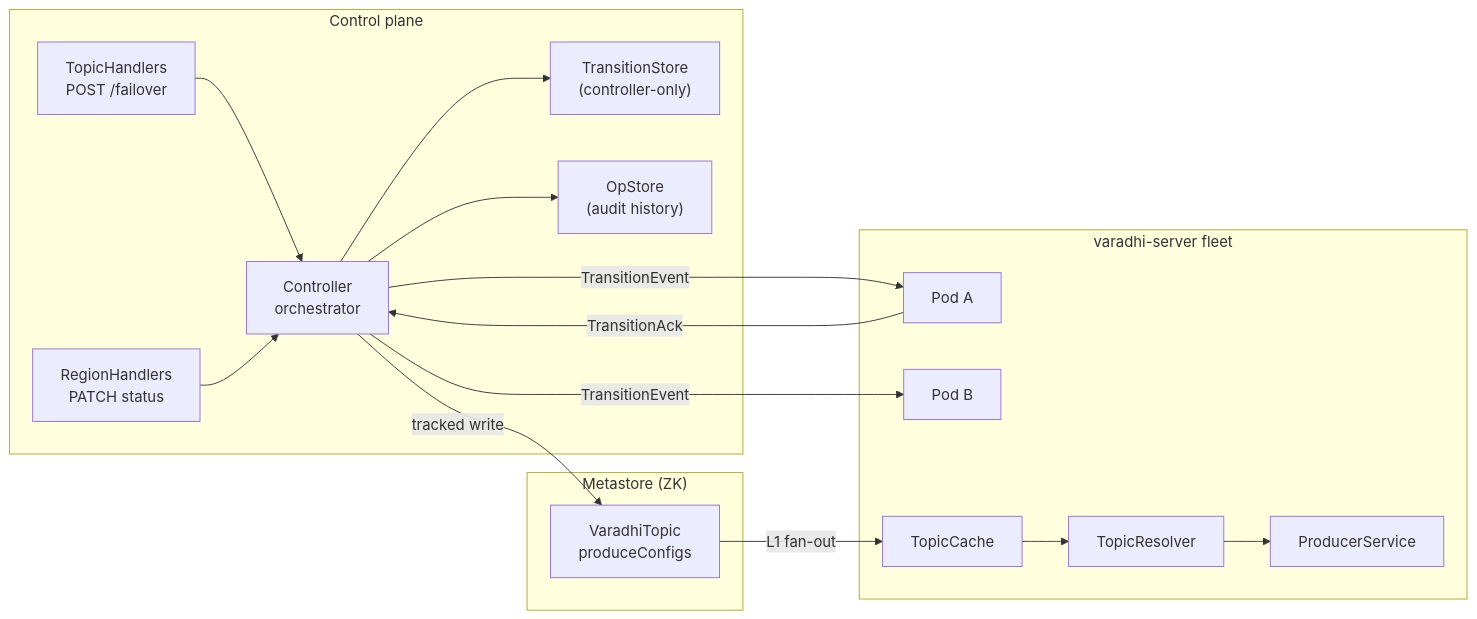
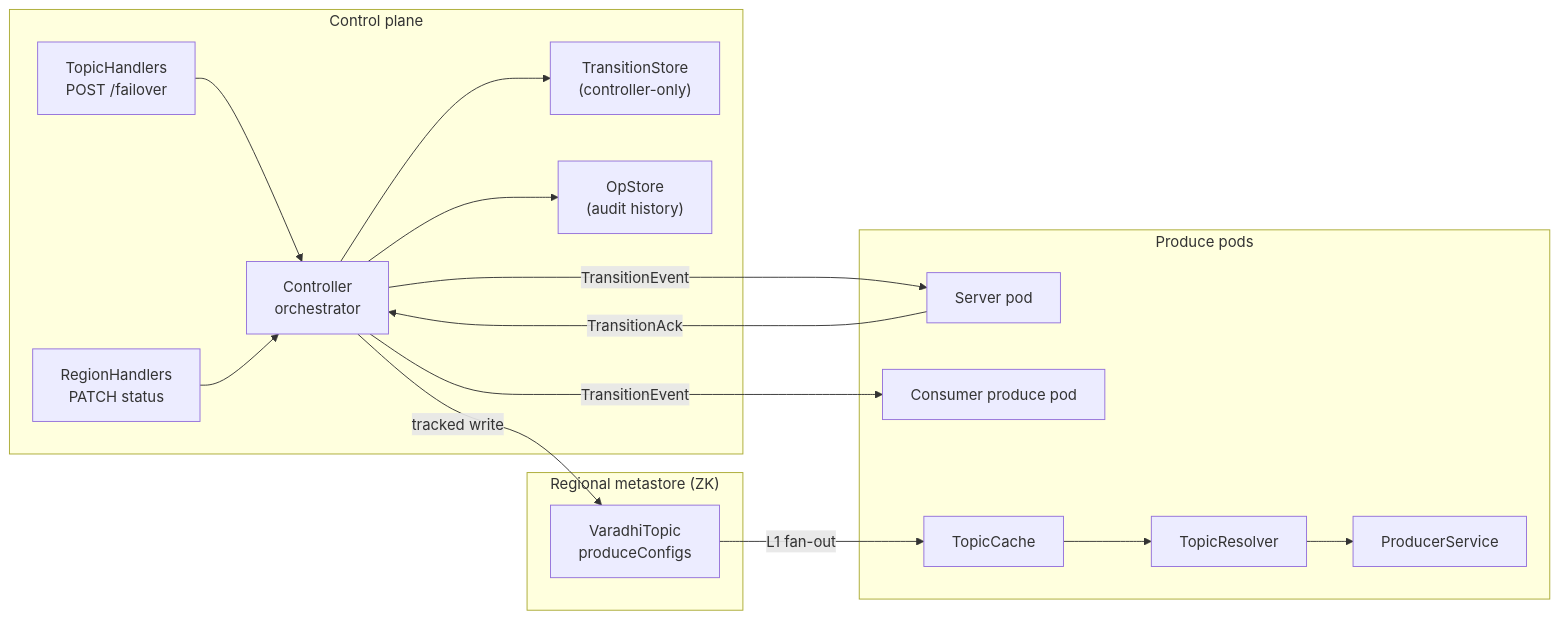
The second of 4 diagrams in vips/VIP-0003.md (flipkart-incubator/varadhi), drawn with Mermaid before and after one commit. The commit also changed other lines of this file, not shown here.

````diff
--- a/vips/VIP-0003.md
+++ b/vips/VIP-0003.md
@@ -276,33 +246,33 @@
 ```mermaid
 flowchart LR
     subgraph Control["Control plane"]
         REST["TopicHandlers<br/>POST /failover"]
         RH["RegionHandlers<br/>PATCH status"]
         Ctrl["Controller<br/>orchestrator"]
         TS["TransitionStore<br/>(controller-only)"]
         OS["OpStore<br/>(audit history)"]
     end
 
-    subgraph Data["Metastore (ZK)"]
+    subgraph Data["Regional metastore (ZK)"]
         VT["VaradhiTopic<br/>produceConfigs"]
     end
 
-    subgraph Produce["varadhi-server fleet"]
-        Pod1["Pod A"]
-        Pod2["Pod B"]
+    subgraph Produce["Produce pods"]
+        Pod1["Server pod"]
+        Pod2["Consumer produce pod"]
         TC["TopicCache"]
         TR["TopicResolver"]
         PS["ProducerService"]
     end
 
     REST --> Ctrl
     RH --> Ctrl
     Ctrl --> TS
     Ctrl --> OS
     Ctrl -->|"tracked write"| VT
     VT -->|"L1 fan-out"| TC
     Ctrl -->|"TransitionEvent"| Pod1
     Ctrl -->|"TransitionEvent"| Pod2
     Pod1 -->|"TransitionAck"| Ctrl
     TC --> TR --> PS
 ```
````
